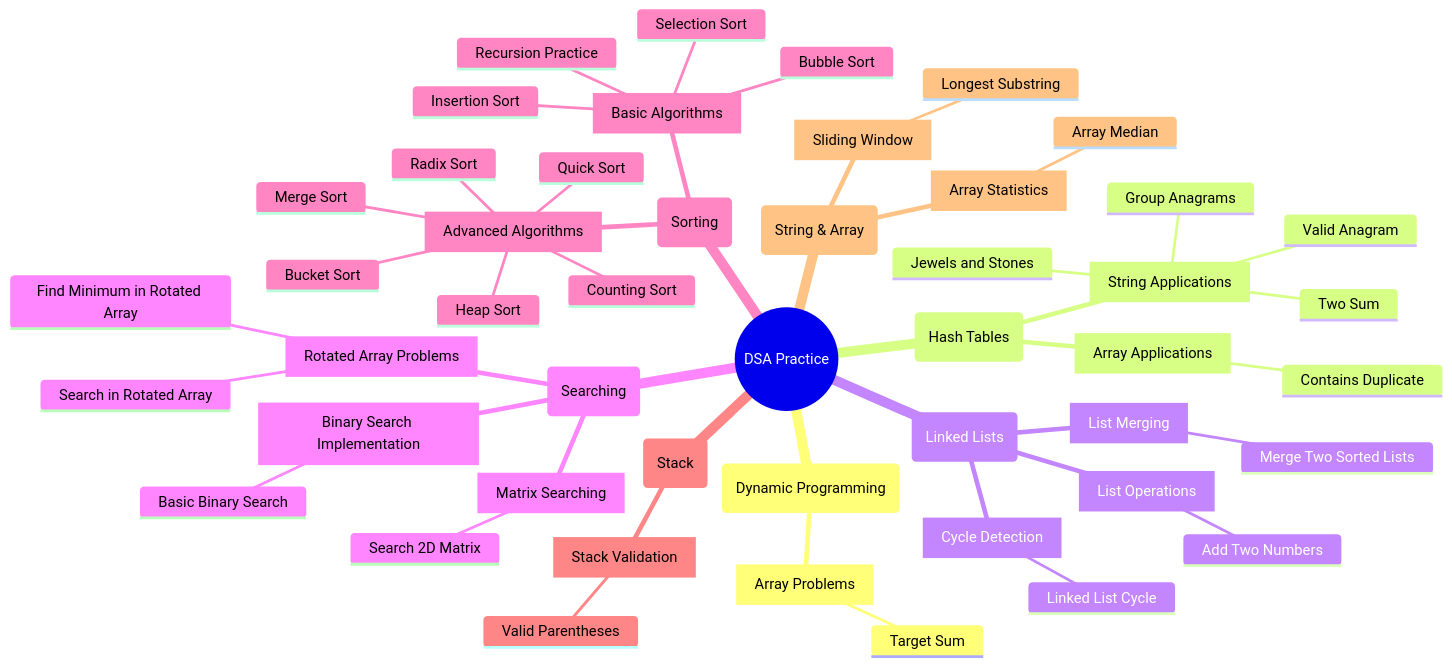
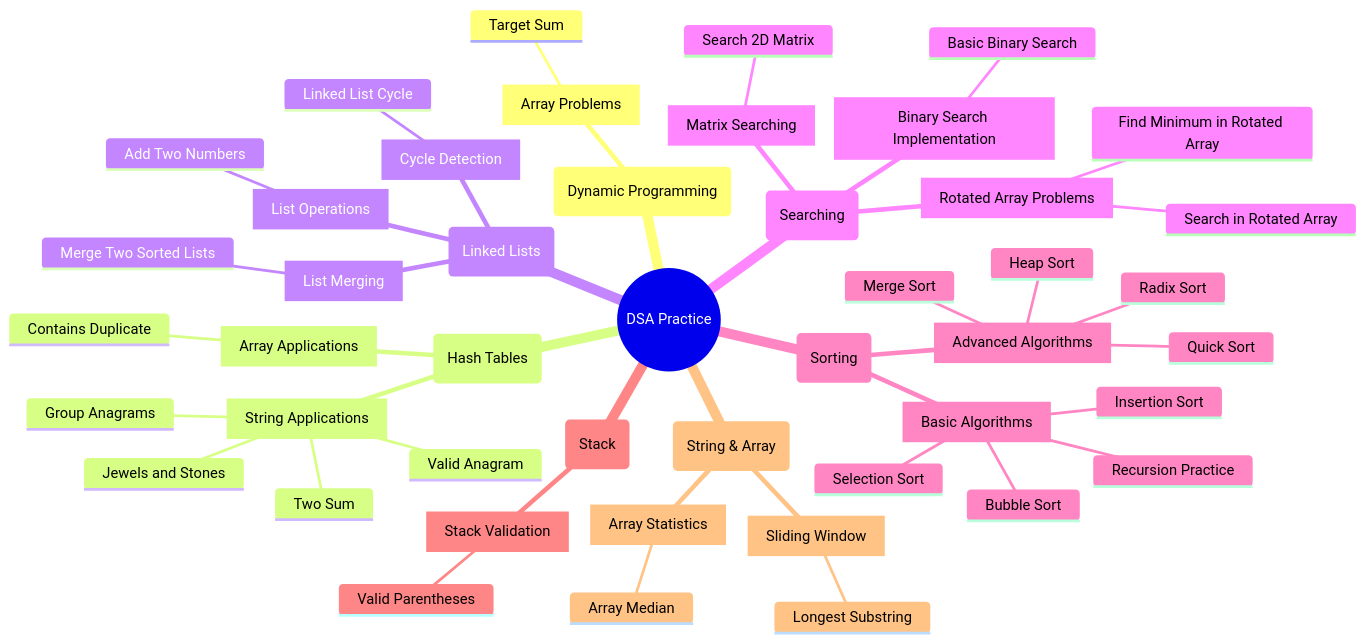
One commit to Emilio-Ramirez/AlgorithmIntro changed the first of 2 diagrams in README.md. Above: the diagram before and after it, drawn with Mermaid. The commit also changed 2 other files, not shown here.

Commit message:
Finishing with sorting

````diff
--- a/README.md
+++ b/README.md
@@ -5,51 +5,49 @@
 ```mermaid
 mindmap
 root((DSA Practice))
   (Dynamic Programming)
     [Array Problems]
       Target Sum
   (Hash Tables)
     [Array Applications]
       Contains Duplicate
     [String Applications]
       Group Anagrams
       Jewels and Stones
       Two Sum
       Valid Anagram
   (Linked Lists)
     [Cycle Detection]
       Linked List Cycle
     [List Operations]
       Add Two Numbers
     [List Merging]
       Merge Two Sorted Lists
   (Searching)
     [Binary Search Implementation]
       Basic Binary Search
     [Matrix Searching]
       Search 2D Matrix
     [Rotated Array Problems]
       Find Minimum in Rotated Array
       Search in Rotated Array
   (Sorting)
     [Advanced Algorithms]
-      Bucket Sort
-      Counting Sort
       Heap Sort
       Merge Sort
       Quick Sort
       Radix Sort
     [Basic Algorithms]
       Bubble Sort
       Insertion Sort
       Selection Sort
       Recursion Practice
   (Stack)
     [Stack Validation]
       Valid Parentheses
   (String & Array)
     [Sliding Window]
       Longest Substring
     [Array Statistics]
       Array Median
 ```
````
